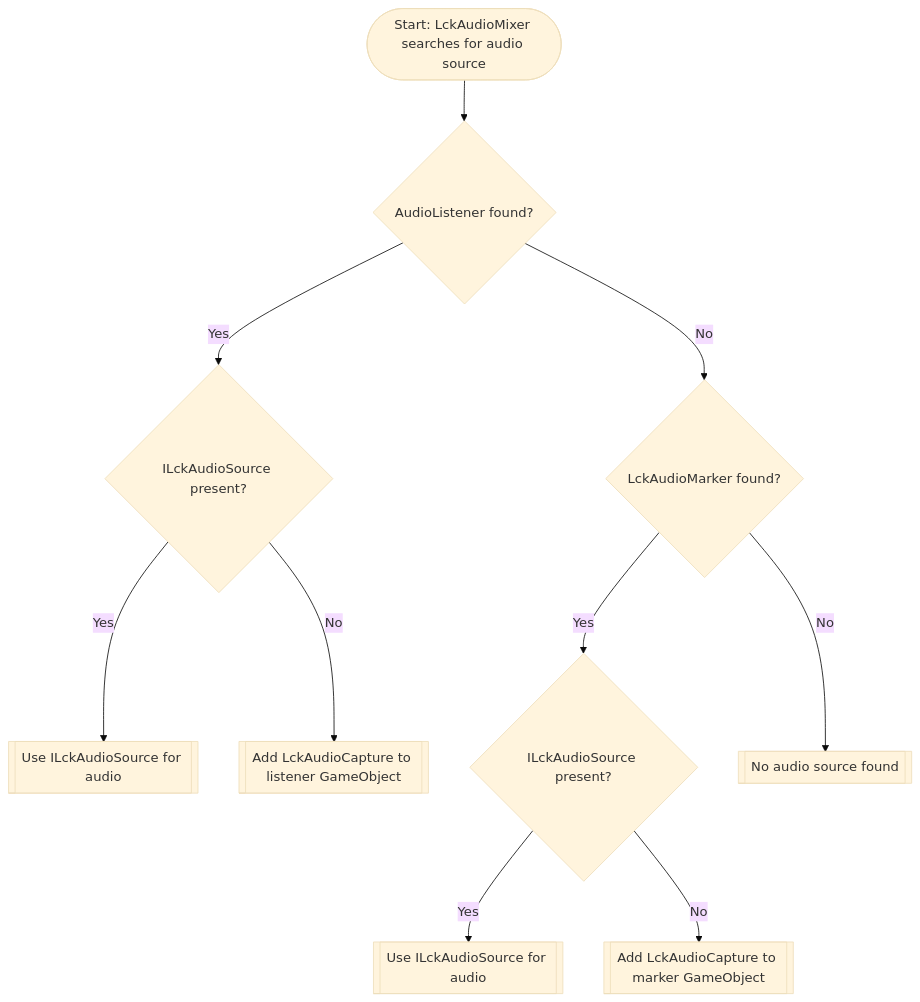
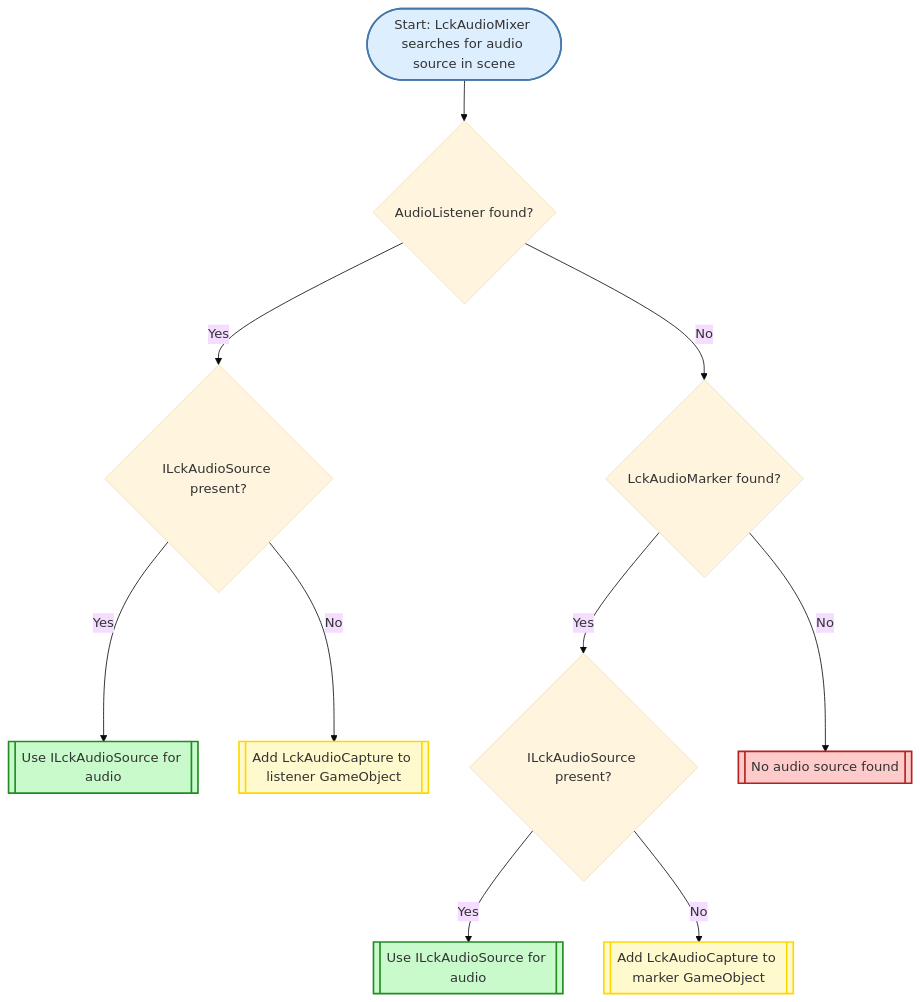
The diagram in customisation/audio.mdx (freydog-liv/docs), drawn with Mermaid (base theme) before and after one commit. The commit also changed other lines of this file, not shown here.

````diff
--- a/customisation/audio.mdx
+++ b/customisation/audio.mdx
@@ -33,15 +13,24 @@
 ```mermaid
 flowchart TD
-    A([Start: LckAudioMixer searches for audio source]) --> B{AudioListener found?}
+    A([Start: LckAudioMixer searches for audio source in scene]) --> B{AudioListener found?}
 
     B -->|Yes| C{ILckAudioSource present?}
     C -->|Yes| D[[Use ILckAudioSource for audio]]
     C -->|No| E[[Add LckAudioCapture to listener GameObject]]
 
     B -->|No| F{LckAudioMarker found?}
     F -->|Yes| G{ILckAudioSource present?}
     G -->|Yes| H[[Use ILckAudioSource for audio]]
     G -->|No| I[[Add LckAudioCapture to marker GameObject]]
 
     F -->|No| J[[No audio source found]]
+
+
+        %% Styling
+    style A fill:#DDEEFF,stroke:#4477AA,stroke-width:2px
+    style D fill:#C8FACC,stroke:#228B22,stroke-width:2px
+    style E fill:#FFFACD,stroke:#FFD700,stroke-width:2px
+    style H fill:#C8FACC,stroke:#228B22,stroke-width:2px
+    style I fill:#FFFACD,stroke:#FFD700,stroke-width:2px
+    style J fill:#FECACA,stroke:#B22222,stroke-width:2px
 ```
````
